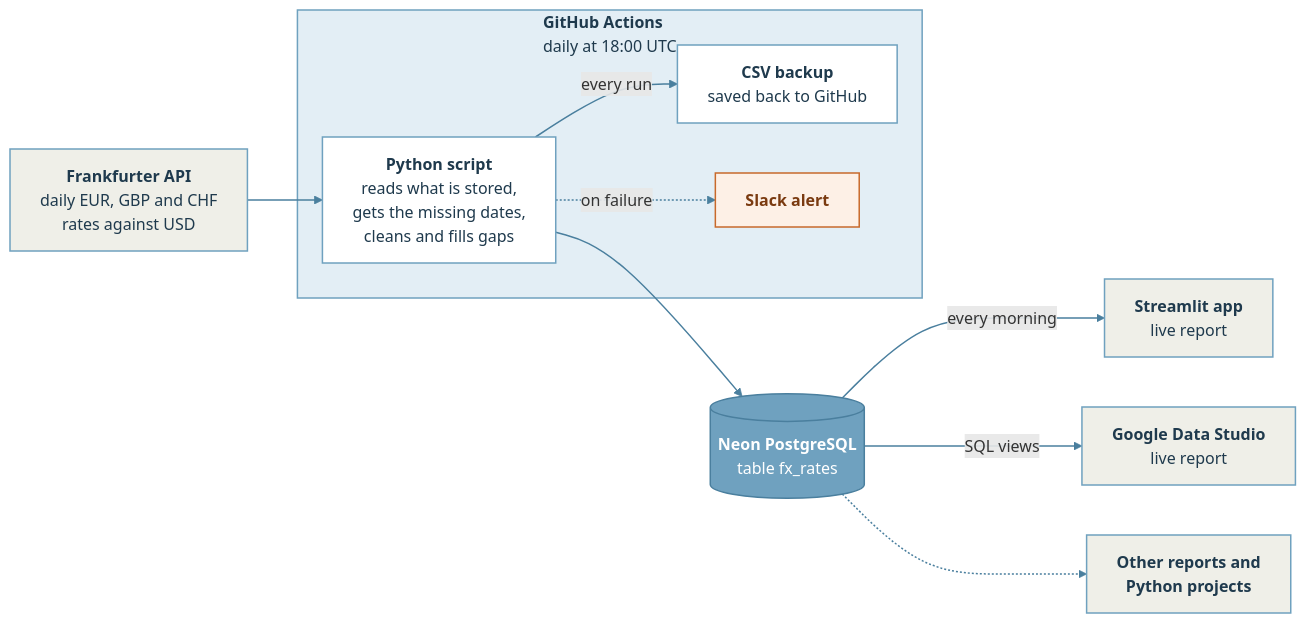
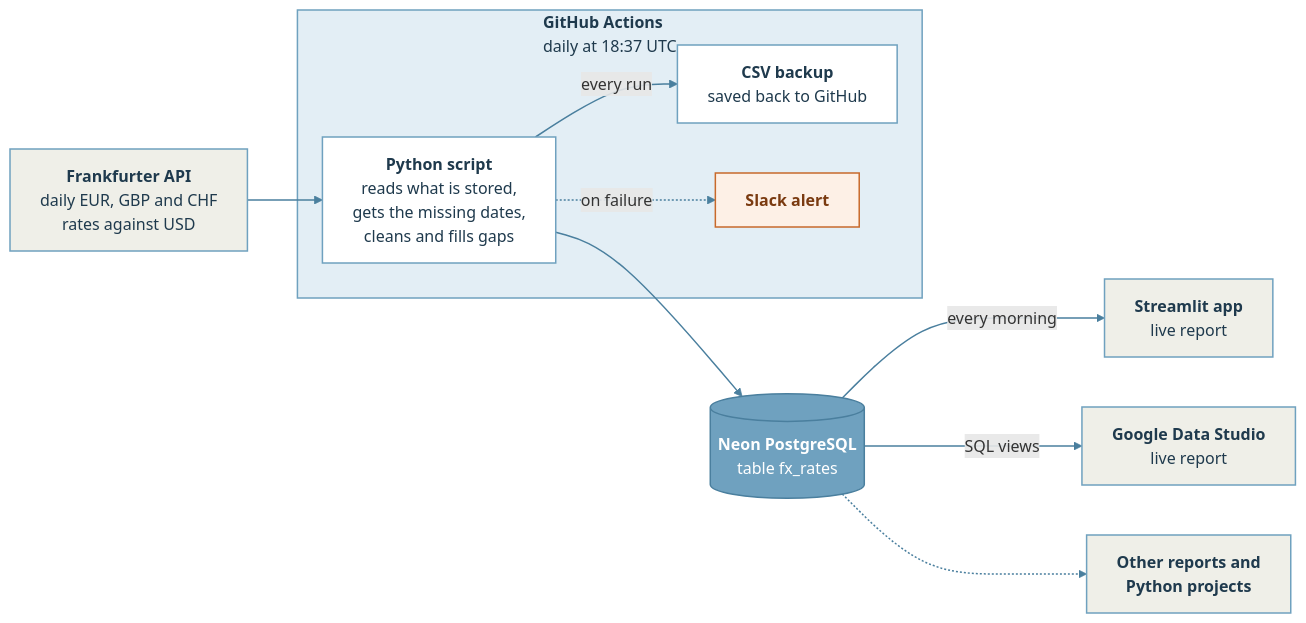
Before and after one commit to sgarciapuga/Work_Portfolio: the diagram in daily-fx-rates/report.qmd, drawn with Mermaid. The commit also changed other lines of this file and 14 other files, not shown here.

````diff
--- a/daily-fx-rates/report.qmd
+++ b/daily-fx-rates/report.qmd
@@ -44,28 +44,28 @@
 ```{mermaid}
 %%| fig-cap: "End-to-end flow: get rates, clean and fill gaps, save the CSV backup, update the database, refresh the reports."
-%%| fig-alt: "The Frankfurter API feeds a Python script that runs in GitHub Actions every day at 18:00 UTC or by hand. On every run the script saves a CSV backup back to GitHub, and on failure it sends a Slack alert. The script upserts rates into the fx_rates table in Neon PostgreSQL. A Streamlit app reads the table every morning, and Google Data Studio reads it through SQL views. Other reports and Python projects can read the same table."
+%%| fig-alt: "The Frankfurter API feeds a Python script that runs in GitHub Actions every day at 18:37 UTC or by hand. On every run the script saves a CSV backup back to GitHub, and on failure it sends a Slack alert. The script upserts rates into the fx_rates table in Neon PostgreSQL. A Streamlit app reads the table every morning, and Google Data Studio reads it through SQL views. Other reports and Python projects can read the same table."
 flowchart LR
   API["<b>Frankfurter API</b><br/>daily EUR, GBP and CHF<br/>rates against USD"] --> PY
 
-  subgraph GHA["<b>GitHub Actions</b><br/>daily at 18:00 UTC"]
+  subgraph GHA["<b>GitHub Actions</b><br/>daily at 18:37 UTC"]
     PY["<b>Python script</b><br/>reads what is stored,<br/>gets the missing dates,<br/>cleans and fills gaps"]
     PY -->|every run| CSV["<b>CSV backup</b><br/>saved back to GitHub"]
     PY -.->|on failure| SLACK["<b>Slack alert</b>"]
   end
 
   PY --> DB[("<b>Neon PostgreSQL</b><br/>table fx_rates")]
   DB -->|every morning| ST["<b>Streamlit app</b><br/>live report"]
   DB -->|SQL views| DS["<b>Google Data Studio</b><br/>live report"]
   DB -.-> OTHER["<b>Other reports and</b><br/><b>Python projects</b>"]
 
   classDef ext fill:#EFEFE8,stroke:#6FA1BF,stroke-width:1.5px,color:#1F3A4D
   classDef job fill:#FFFFFF,stroke:#6FA1BF,stroke-width:1.5px,color:#1F3A4D
   classDef store fill:#6FA1BF,stroke:#4A7F9E,stroke-width:1.5px,color:#FFFFFF
   classDef alert fill:#FDF0E6,stroke:#C8692B,stroke-width:1.5px,color:#7A3A10
   class API,ST,DS,OTHER ext
   class PY,CSV job
   class DB store
   class SLACK alert
   style GHA fill:#E3EEF5,stroke:#6FA1BF,stroke-width:1.5px,color:#1F3A4D
   linkStyle default stroke:#4A7F9E,stroke-width:1.5px
 ```
````
